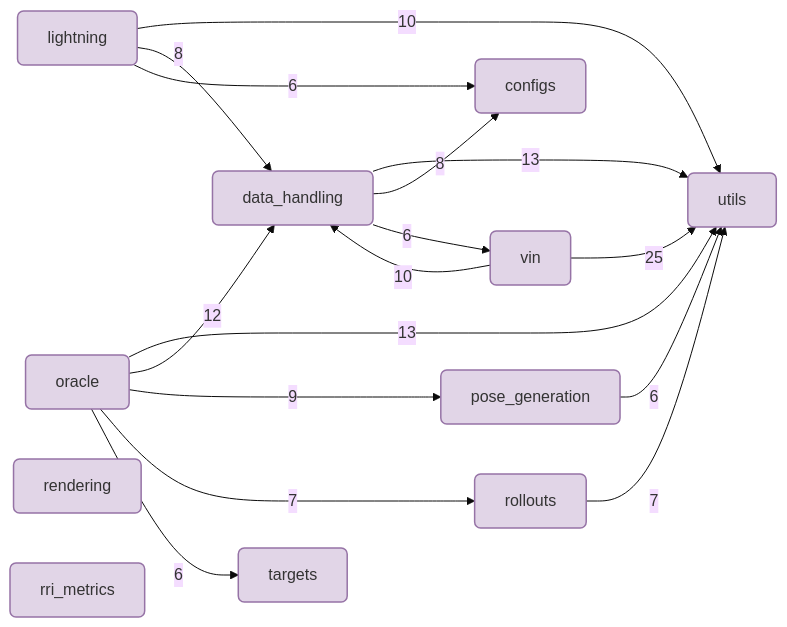
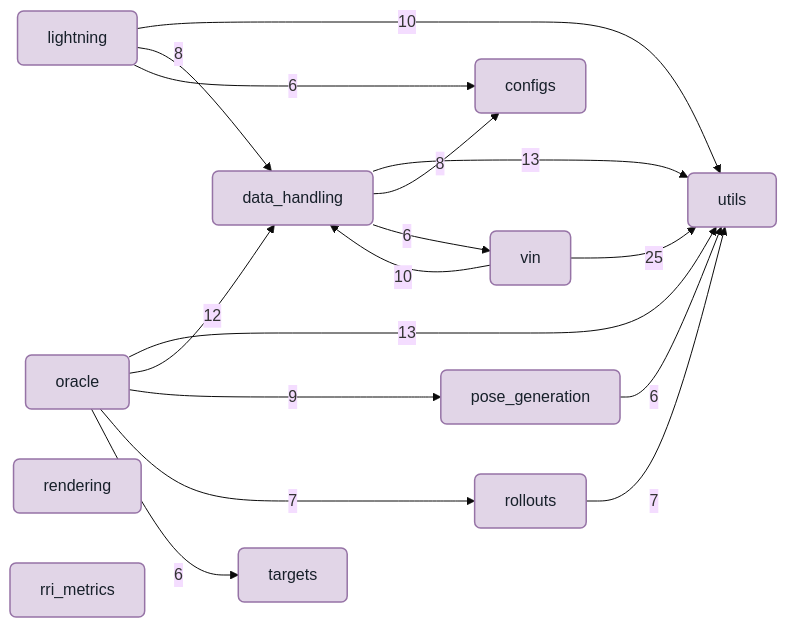
One commit to JanDuchscherer104/NBV changed the diagram in docs/reference/_package_dependencies.mmd. Above: the diagram before and after it, drawn with Mermaid (base theme). The commit also changed 32 other files, not shown here.

Commit message:
docs: make Mermaid semantic labels readable

```diff
--- a/docs/reference/_package_dependencies.mmd
+++ b/docs/reference/_package_dependencies.mmd
@@ -1,35 +1,35 @@
 %% Generated by scripts/quartodoc_generate_dependency_diagram.py; do not edit.
 flowchart LR
   configs["configs"]
   data_handling["data_handling"]
   lightning["lightning"]
   oracle["oracle"]
   pose_generation["pose_generation"]
   rendering["rendering"]
   rollouts["rollouts"]
   rri_metrics["rri_metrics"]
   targets["targets"]
   utils["utils"]
   vin["vin"]
   vin -->|"25"| utils
   data_handling -->|"13"| utils
   oracle -->|"13"| utils
   oracle -->|"12"| data_handling
   lightning -->|"10"| utils
   vin -->|"10"| data_handling
   oracle -->|"9"| pose_generation
   data_handling -->|"8"| configs
   lightning -->|"8"| data_handling
   oracle -->|"7"| rollouts
   rollouts -->|"7"| utils
   data_handling -->|"6"| vin
   lightning -->|"6"| configs
   oracle -->|"6"| targets
   pose_generation -->|"6"| utils
 
-  classDef input fill:#D5E8D4,stroke:#82B366,stroke-width:1.5px,rx:0,ry:0;
-  classDef output fill:#F8CECC,stroke:#B85450,stroke-width:1.5px,rx:0,ry:0;
-  classDef compute fill:#E1D5E7,stroke:#9673A6,stroke-width:1.5px,rx:8,ry:8;
-  classDef data fill:#F5F5F5,stroke:#9E9E9E,stroke-width:1.2px,rx:0,ry:0;
-  classDef package fill:#E1D5E7,stroke:#9673A6,stroke-width:1.5px,rx:6,ry:6;
+  classDef input fill:#D5E8D4,stroke:#82B366,color:#17202A,stroke-width:1.5px,rx:0,ry:0;
+  classDef output fill:#F8CECC,stroke:#B85450,color:#17202A,stroke-width:1.5px,rx:0,ry:0;
+  classDef compute fill:#E1D5E7,stroke:#9673A6,color:#17202A,stroke-width:1.5px,rx:8,ry:8;
+  classDef data fill:#F5F5F5,stroke:#9E9E9E,color:#17202A,stroke-width:1.2px,rx:0,ry:0;
+  classDef package fill:#E1D5E7,stroke:#9673A6,color:#17202A,stroke-width:1.5px,rx:6,ry:6;
   class configs,data_handling,lightning,oracle,pose_generation,rendering,rollouts,rri_metrics,targets,utils,vin package;
```
